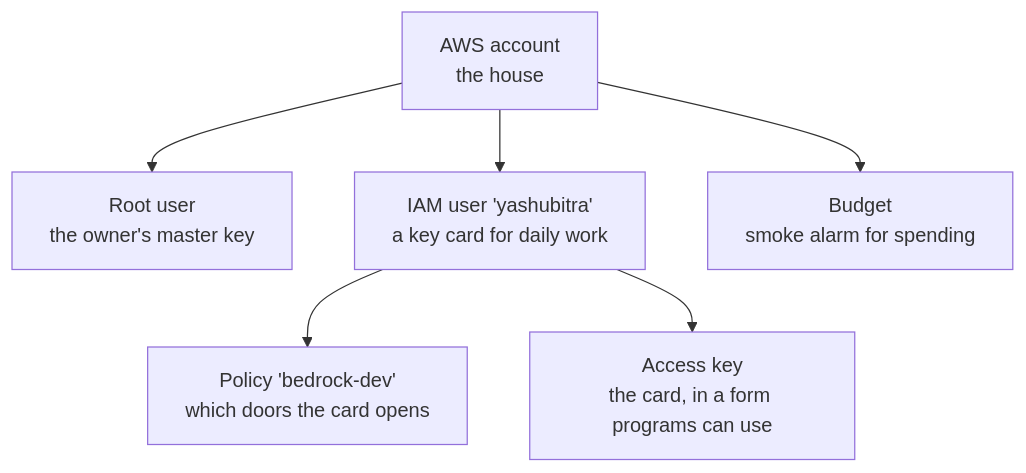
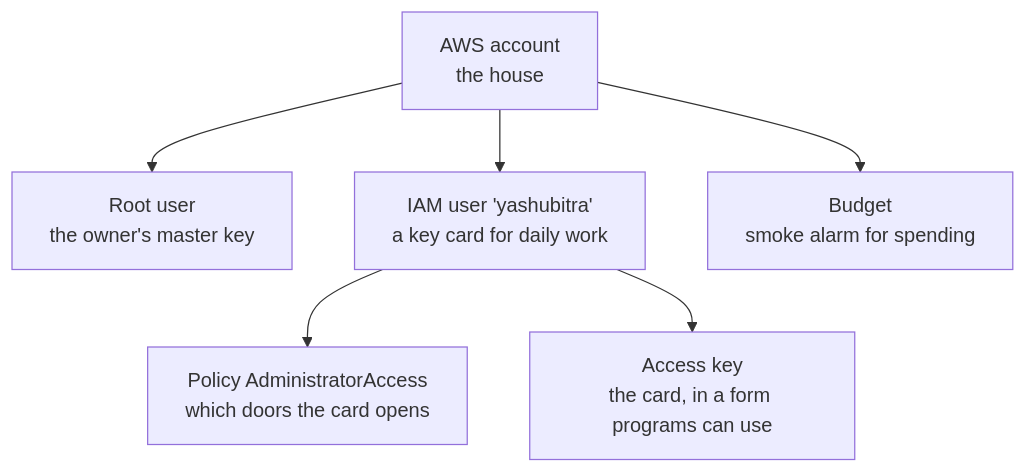
The first of 5 diagrams in docs/learning/aws.md (yashzord/Docs_Copilot), drawn with Mermaid before and after one commit. The commit also changed other lines of this file and 10 other files, not shown here.

````diff
--- a/docs/learning/aws.md
+++ b/docs/learning/aws.md
@@ -45,8 +50,8 @@
 ```mermaid
 flowchart TB
     A[AWS account<br/>the house] --> R[Root user<br/>the owner's master key]
     A --> U[IAM user 'yashubitra'<br/>a key card for daily work]
-    U --> P[Policy 'bedrock-dev'<br/>which doors the card opens]
+    U --> P[Policy AdministratorAccess<br/>which doors the card opens]
     U --> K[Access key<br/>the card, in a form programs can use]
     A --> B[Budget<br/>smoke alarm for spending]
 ```
````
